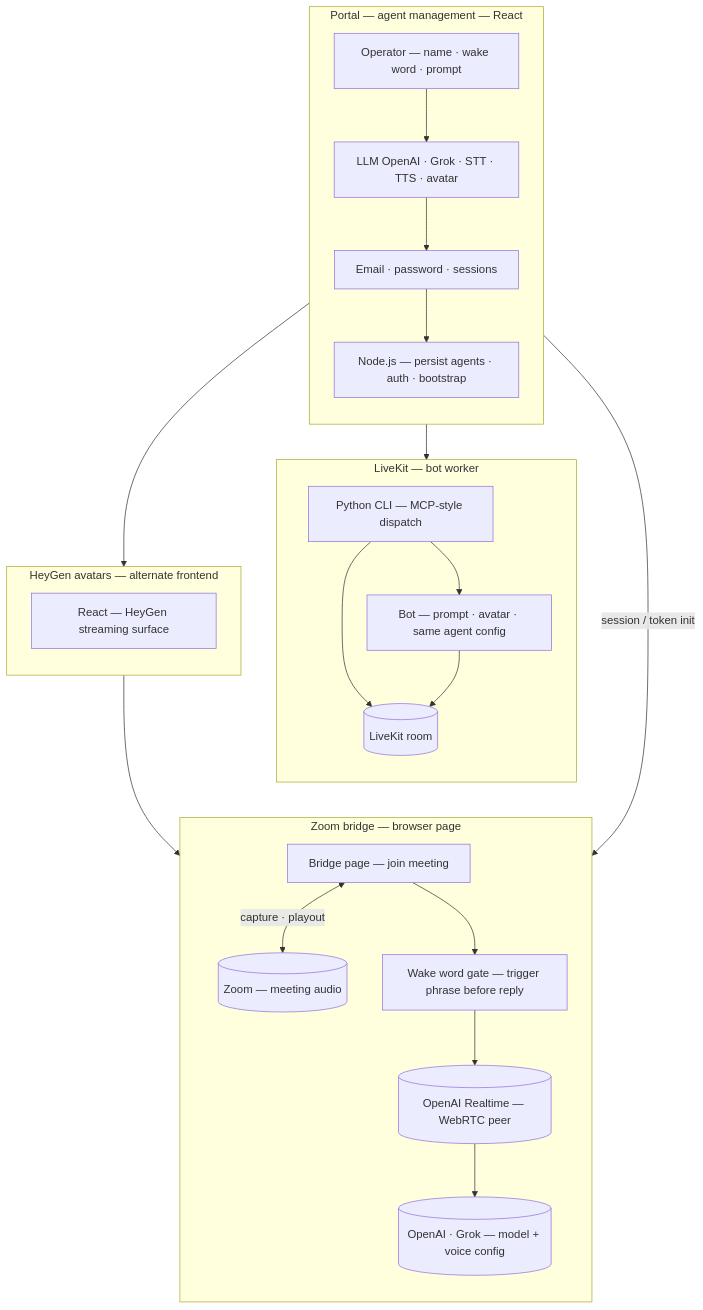
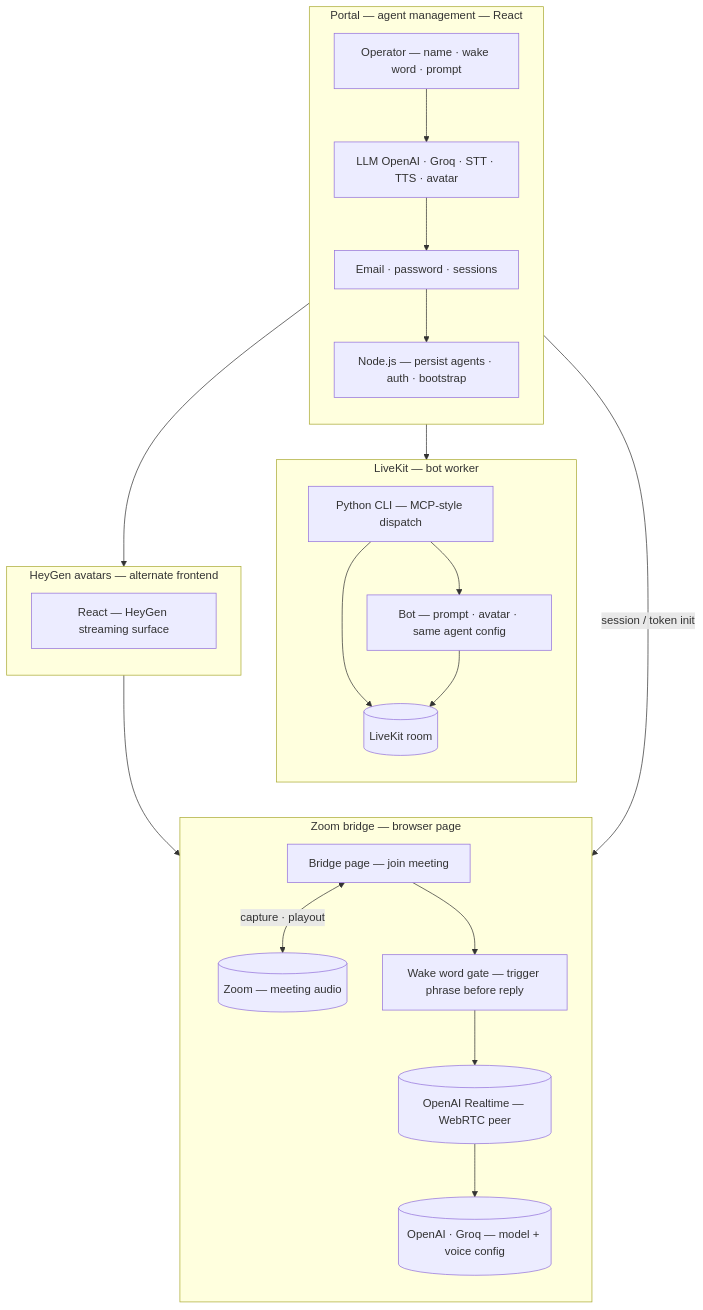
The diagram in src/data/architecture/zoom-meeting-agent.mmd (malik-sohaib-dev/malik-sohaib-portfolio), drawn with Mermaid before and after one commit. The commit also changed 5 other files, not shown here.

```diff
--- a/src/data/architecture/zoom-meeting-agent.mmd
+++ b/src/data/architecture/zoom-meeting-agent.mmd
@@ -1,43 +1,43 @@
 flowchart TB
   subgraph portal["Portal — agent management — React"]
     direction TB
     OP["Operator — name · wake word · prompt"]
-    MODELS["LLM OpenAI · Grok · STT · TTS · avatar"]
+    MODELS["LLM OpenAI · Groq · STT · TTS · avatar"]
     AUTH["Email · password · sessions"]
     API["Node.js — persist agents · auth · bootstrap"]
     OP --> MODELS
     MODELS --> AUTH
     AUTH --> API
   end
 
   subgraph zoomBridge["Zoom bridge — browser page"]
     direction TB
     PG["Bridge page — join meeting"]
     ZM[("Zoom — meeting audio")]
     WAKE["Wake word gate — trigger phrase before reply"]
     RTC[("OpenAI Realtime — WebRTC peer")]
-    AI[("OpenAI · Grok — model + voice config")]
+    AI[("OpenAI · Groq — model + voice config")]
     PG <-->|"capture · playout"| ZM
     PG --> WAKE
     WAKE --> RTC
     API -->|"session / token init"| PG
     RTC --> AI
   end
 
   subgraph livekitPath["LiveKit — bot worker"]
     direction TB
     DIS["Python CLI — MCP-style dispatch"]
     LK[("LiveKit room")]
     BOT["Bot — prompt · avatar · same agent config"]
     API --> DIS
     DIS --> LK
     DIS --> BOT
     BOT --> LK
   end
 
   subgraph heygenPath["HeyGen avatars — alternate frontend"]
     direction TB
     HG["React — HeyGen streaming surface"]
     HG --> RTC
     API --> HG
   end
```
